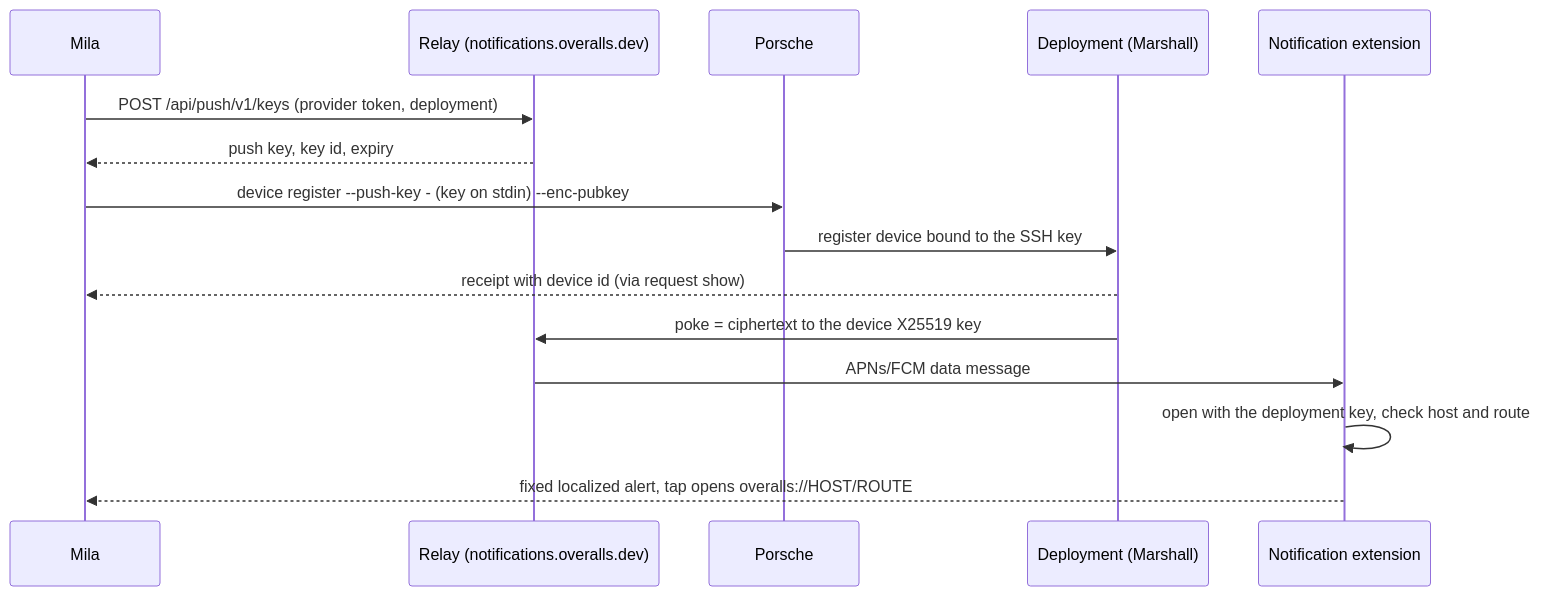
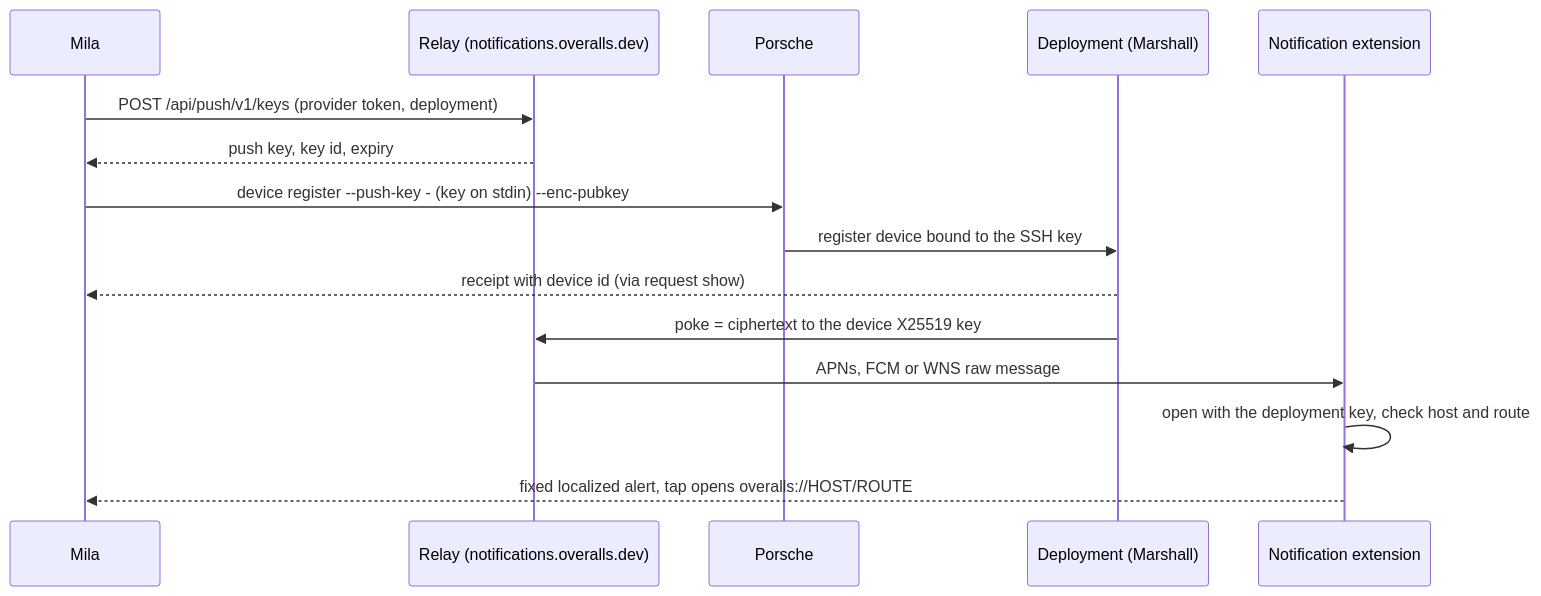
Before and after one commit to dlkeith-p-forks/overalls: the fifth of 7 diagrams in marshall/priv/hldd/08-interactive.md, drawn with Mermaid. The commit also changed other lines of this file and 151 other files, not shown here.

````diff
--- a/marshall/priv/hldd/08-interactive.md
+++ b/marshall/priv/hldd/08-interactive.md
@@ -1222,17 +1230,17 @@
 ```mermaid
 sequenceDiagram
     participant M as Mila
     participant S as Relay (notifications.overalls.dev)
     participant P as Porsche
     participant D as Deployment (Marshall)
     participant N as Notification extension
     M->>S: POST /api/push/v1/keys (provider token, deployment)
     S-->>M: push key, key id, expiry
     M->>P: device register --push-key - (key on stdin) --enc-pubkey
     P->>D: register device bound to the SSH key
     D-->>M: receipt with device id (via request show)
     D->>S: poke = ciphertext to the device X25519 key
-    S->>N: APNs/FCM data message
+    S->>N: APNs, FCM or WNS raw message
     N->>N: open with the deployment key, check host and route
     N-->>M: fixed localized alert, tap opens overalls://HOST/ROUTE
 ```
````
